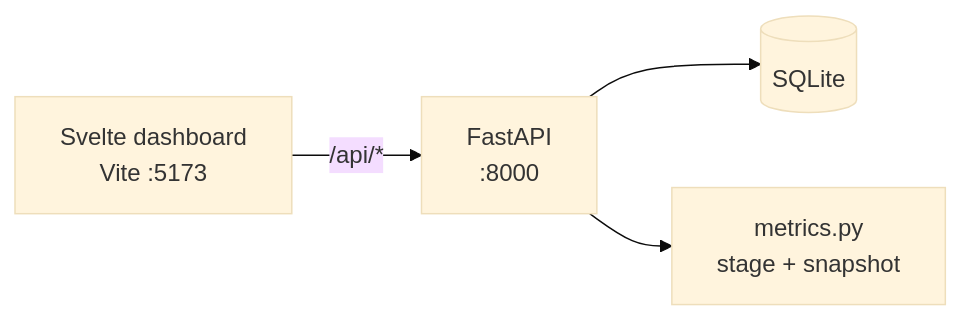
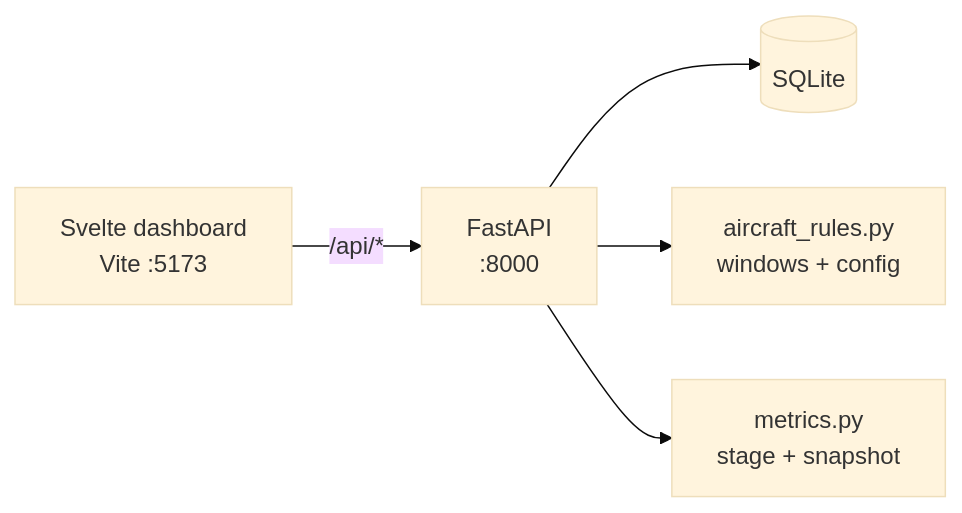
One commit to mowgli42/squadron-scheduler changed the diagram in README.md. Above: the diagram before and after it, drawn with Mermaid (base theme). The commit also changed other lines of this file and 38 other files, not shown here.

````diff
--- a/README.md
+++ b/README.md
@@ -36,11 +43,13 @@
 ```mermaid
 flowchart LR
   UI["Svelte dashboard<br/>Vite :5173"]
   API["FastAPI<br/>:8000"]
   DB[(SQLite)]
+  R["aircraft_rules.py<br/>windows + config"]
   M["metrics.py<br/>stage + snapshot"]
 
   UI -->|"/api/*"| API
   API --> DB
+  API --> R
   API --> M
 ```
````
